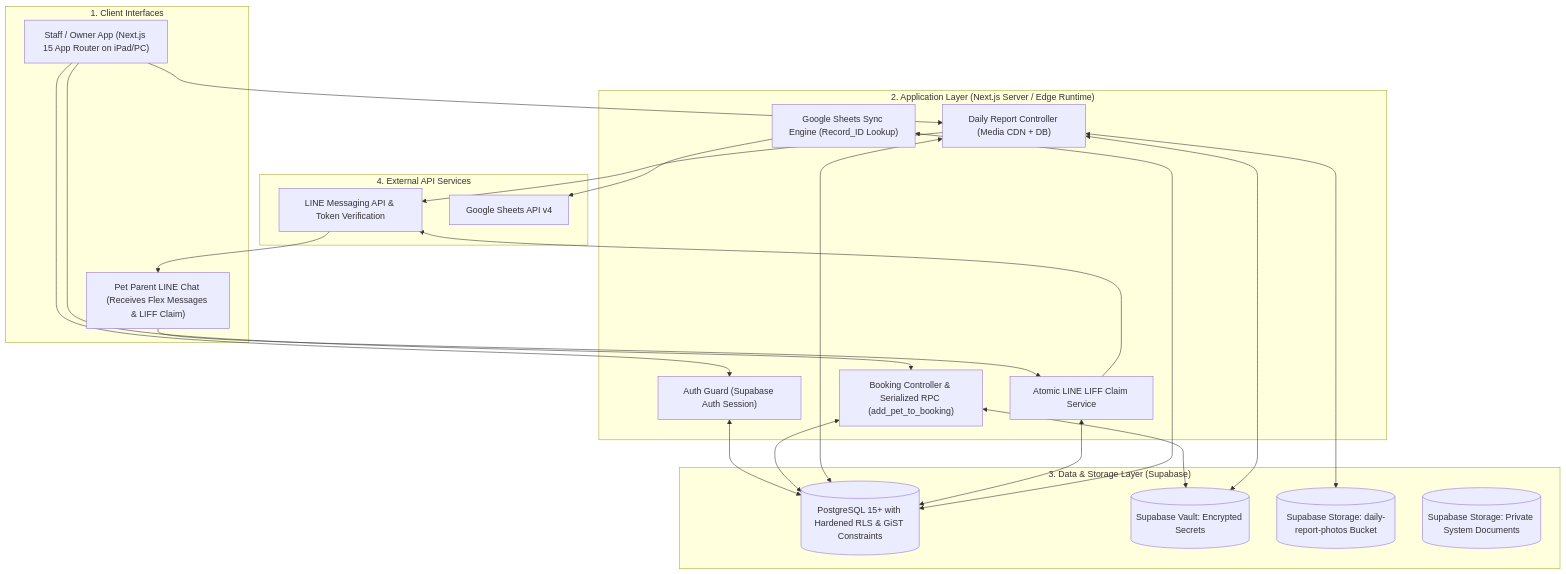
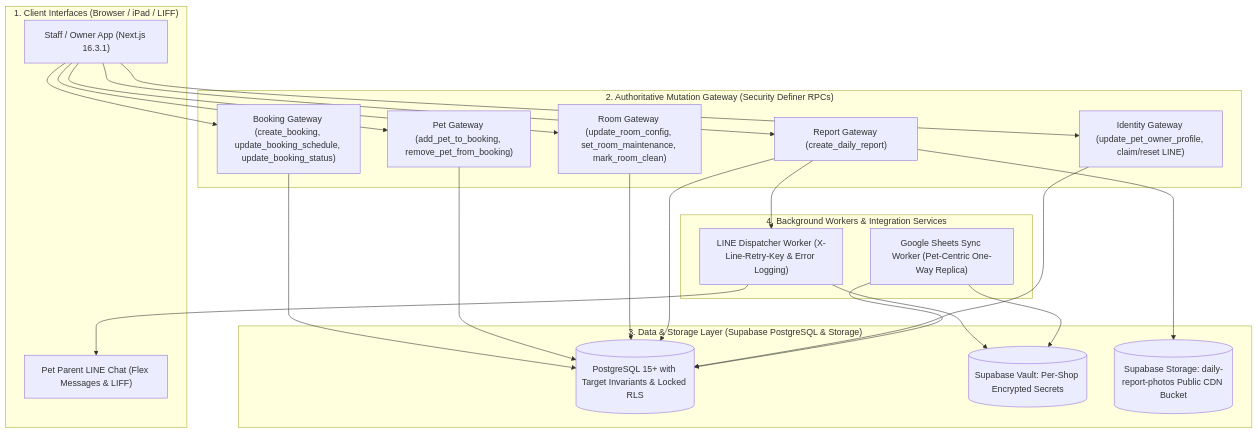
Before and after one commit to Gutumrod/pawspace: the diagram in docs/SYSTEM_ARCHITECTURE.md, drawn with Mermaid. The commit also changed other lines of this file and 12 other files, not shown here.

````diff
--- a/docs/SYSTEM_ARCHITECTURE.md
+++ b/docs/SYSTEM_ARCHITECTURE.md
@@ -19,46 +12,46 @@
 ```mermaid
 flowchart TD
-    subgraph ClientTier ["1. Client Interfaces"]
-        StaffApp["Staff / Owner App (Next.js 15 App Router on iPad/PC)"]
-        PetParentLine["Pet Parent LINE Chat (Receives Flex Messages & LIFF Claim)"]
+    subgraph ClientTier ["1. Client Interfaces (Browser / iPad / LIFF)"]
+        StaffApp["Staff / Owner App (Next.js 16.3.1)"]
+        PetParentLine["Pet Parent LINE Chat (Flex Messages & LIFF)"]
     end
 
-    subgraph AppTier ["2. Application Layer (Next.js Server / Edge Runtime)"]
-        AuthGuard["Auth Guard (Supabase Auth Session)"]
-        BookingRPC["Booking Controller & Serialized RPC (add_pet_to_booking)"]
-        ReportController["Daily Report Controller (Media CDN + DB)"]
-        AccountLinker["Atomic LINE LIFF Claim Service"]
-        GoogleSyncEngine["Google Sheets Sync Engine (Record_ID Lookup)"]
+    subgraph GatewayTier ["2. Authoritative Mutation Gateway (Security Definer RPCs)"]
+        BookingGateway["Booking Gateway (create_booking, update_booking_schedule, update_booking_status)"]
+        PetAssignmentGateway["Pet Gateway (add_pet_to_booking, remove_pet_from_booking)"]
+        RoomGateway["Room Gateway (update_room_config, set_room_maintenance, mark_room_clean)"]
+        ReportGateway["Report Gateway (create_daily_report)"]
+        IdentityGateway["Identity Gateway (update_pet_owner_profile, claim/reset LINE)"]
     end
 
-    subgraph DataTier ["3. Data & Storage Layer (Supabase)"]
-        PG[(PostgreSQL 15+ with Hardened RLS & GiST Constraints)]
-        Vault[(Supabase Vault: Encrypted Secrets)]
-        MediaCDN[(Supabase Storage: daily-report-photos Bucket)]
-        PrivateStorage[(Supabase Storage: Private System Documents)]
+    subgraph DataTier ["3. Data & Storage Layer (Supabase PostgreSQL & Storage)"]
+        PG[(PostgreSQL 15+ with Target Invariants & Locked RLS)]
+        Vault[(Supabase Vault: Per-Shop Encrypted Secrets)]
+        MediaCDN[(Supabase Storage: daily-report-photos Public CDN Bucket)]
     end
 
-    subgraph ExternalTier ["4. External API Services"]
-        LineAPI["LINE Messaging API & Token Verification"]
-        GoogleSheetsAPI["Google Sheets API v4"]
+    subgraph WorkerTier ["4. Background Workers & Integration Services"]
+        LineWorker["LINE Dispatcher Worker (X-Line-Retry-Key & Error Logging)"]
+        GoogleWorker["Google Sheets Sync Worker (Pet-Centric One-Way Replica)"]
     end
 
-    StaffApp --> AuthGuard
-    StaffApp --> BookingRPC
-    StaffApp --> ReportController
-    PetParentLine --> AccountLinker
+    StaffApp --> BookingGateway
+    StaffApp --> PetAssignmentGateway
+    StaffApp --> RoomGateway
+    StaffApp --> ReportGateway
+    StaffApp --> IdentityGateway
 
-    AuthGuard <--> PG
-    BookingRPC <--> PG
-    ReportController <--> PG
-    ReportController <--> MediaCDN
-    AccountLinker <--> PG
-    GoogleSyncEngine <--> PG
+    BookingGateway --> PG
+    PetAssignmentGateway --> PG
+    RoomGateway --> PG
+    ReportGateway --> PG
+    IdentityGateway --> PG
 
-    BookingRPC <--> Vault
-    ReportController <--> Vault
-    ReportController --> LineAPI
-    LineAPI --> PetParentLine
-    AccountLinker --> LineAPI
-    GoogleSyncEngine --> GoogleSheetsAPI
+    ReportGateway --> MediaCDN
+    ReportGateway --> LineWorker
+    LineWorker --> Vault
+    LineWorker --> PetParentLine
+
+    GoogleWorker --> PG
+    GoogleWorker --> Vault
 ```
````
